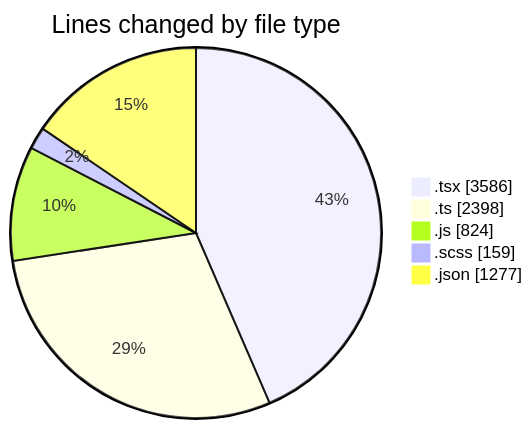
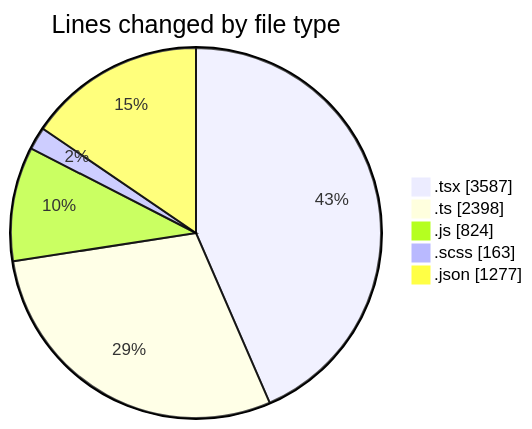
One commit to momahboobian/code-tracking changed the first of 2 diagrams in 2026-06-15/cda/README.md. Above: the diagram before and after it, drawn with Mermaid. The commit also changed other lines of this file and 1 other file, not shown here.

````diff
--- a/2026-06-15/cda/README.md
+++ b/2026-06-15/cda/README.md
@@ -67,9 +67,9 @@
 ```mermaid
 pie showData
 title Lines changed by file type
-".tsx" : 3586
+".tsx" : 3587
 ".ts" : 2398
 ".js" : 824
-".scss" : 159
+".scss" : 163
 ".json" : 1277
 ```
````
